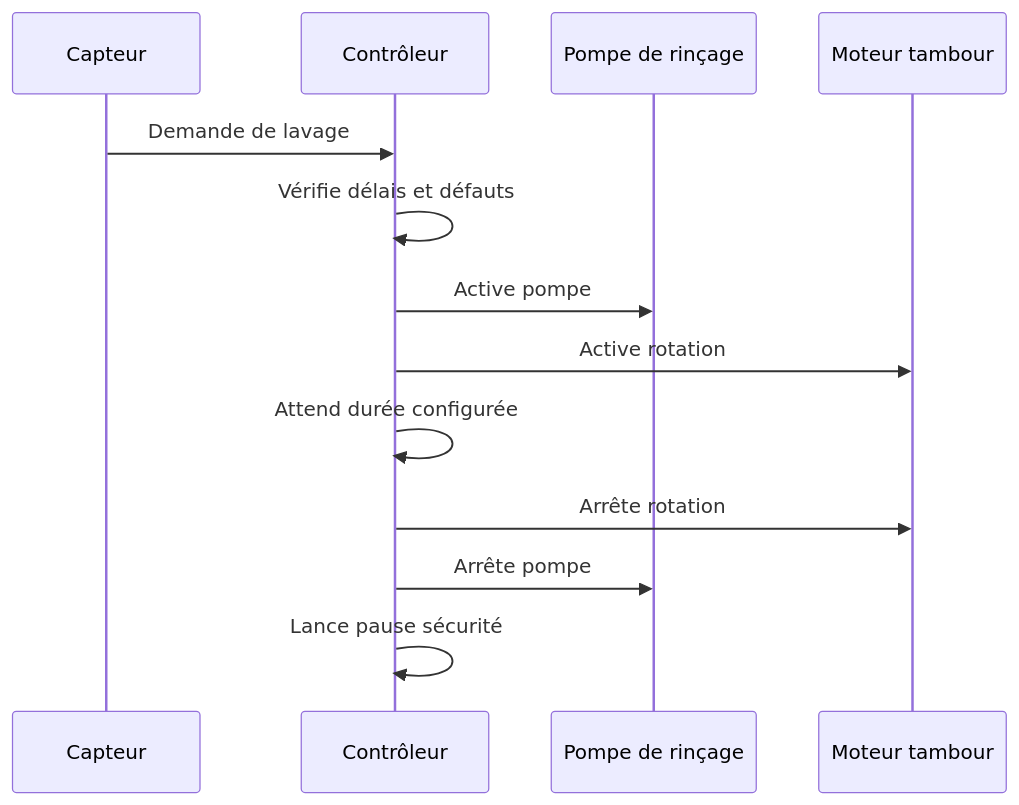
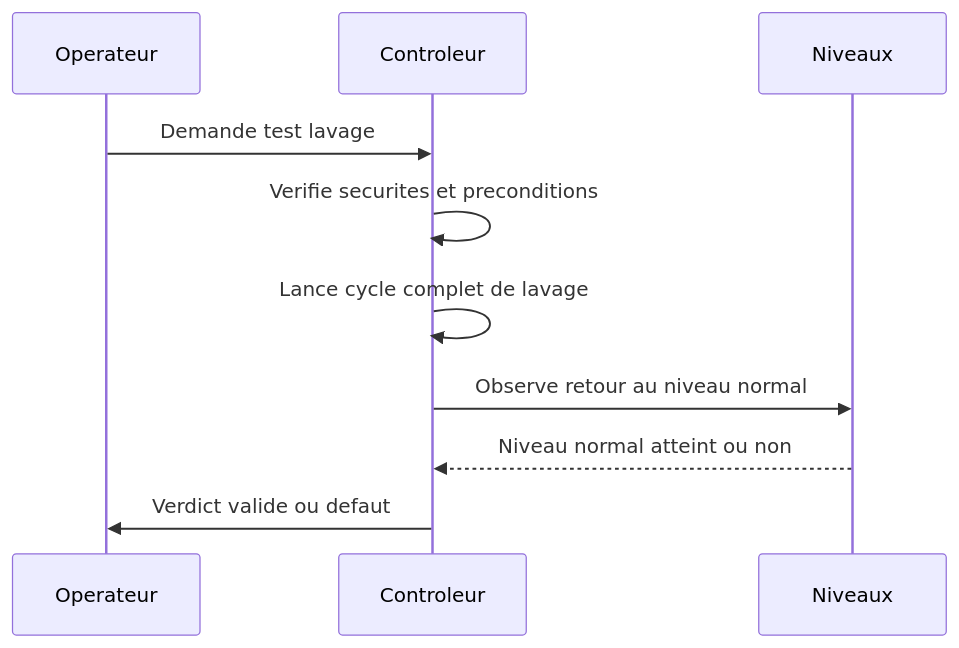
One commit to elbuey76/DrumFilterController changed the second of 3 diagrams in docs/specification/02-exigences-fonctionnelles.md. Above: the diagram before and after it, drawn with Mermaid. The commit also changed other lines of this file and 8 other files, not shown here.

````diff
--- a/docs/specification/02-exigences-fonctionnelles.md
+++ b/docs/specification/02-exigences-fonctionnelles.md
@@ -57,16 +501,13 @@
 ```mermaid
 sequenceDiagram
-    participant C as Capteur
-    participant Ctrl as Contrôleur
-    participant P as Pompe de rinçage
-    participant M as Moteur tambour
+    participant Op as Operateur
+    participant Ctrl as Controleur
+    participant N as Niveaux
 
-    C->>Ctrl: Demande de lavage
-    Ctrl->>Ctrl: Vérifie délais et défauts
-    Ctrl->>P: Active pompe
-    Ctrl->>M: Active rotation
-    Ctrl->>Ctrl: Attend durée configurée
-    Ctrl->>M: Arrête rotation
-    Ctrl->>P: Arrête pompe
-    Ctrl->>Ctrl: Lance pause sécurité
+    Op->>Ctrl: Demande test lavage
+    Ctrl->>Ctrl: Verifie securites et preconditions
+    Ctrl->>Ctrl: Lance cycle complet de lavage
+    Ctrl->>N: Observe retour au niveau normal
+    N-->>Ctrl: Niveau normal atteint ou non
+    Ctrl->>Op: Verdict valide ou defaut
 ```
````
